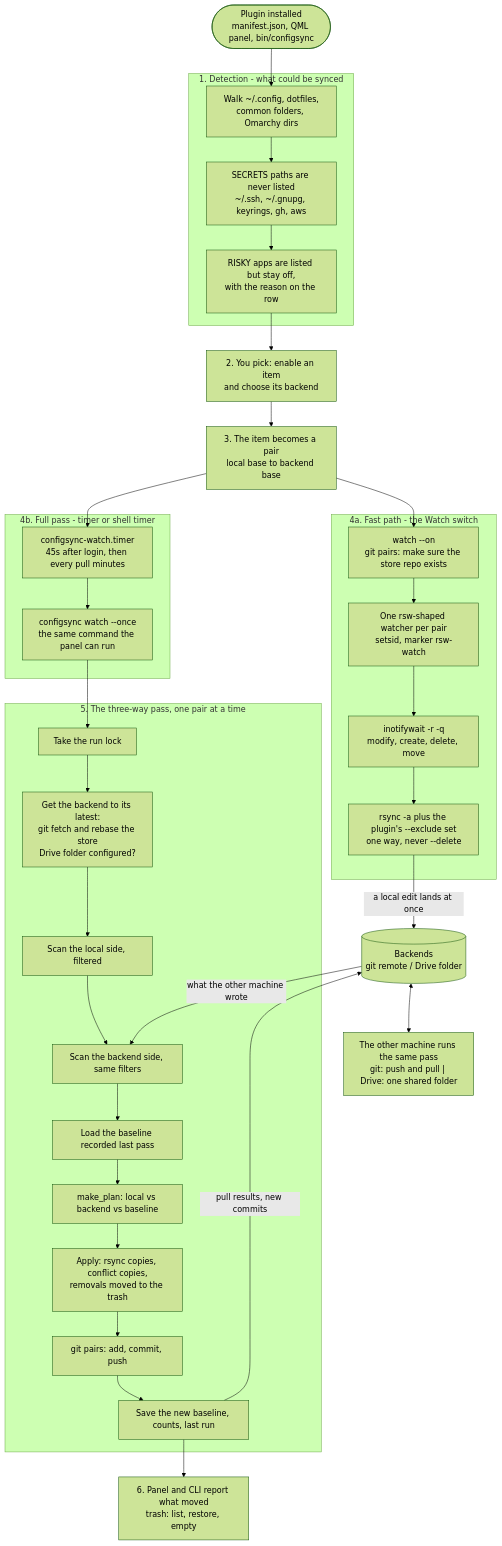
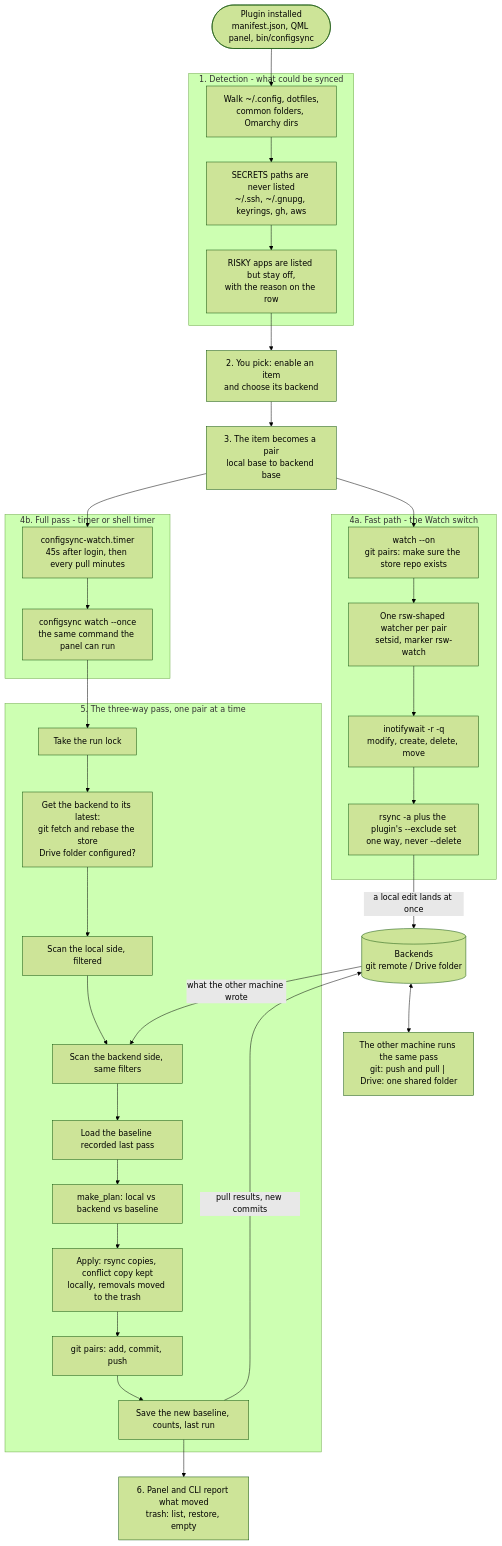
The first of 2 diagrams in docs/PROCEDURE.md (iamkuo/omarchy-configsync-plugin), drawn with Mermaid (forest theme) before and after one commit. The commit also changed other lines of this file and 4 other files, not shown here.

````diff
--- a/docs/PROCEDURE.md
+++ b/docs/PROCEDURE.md
@@ -9,57 +9,57 @@
 ```mermaid
 flowchart TD
   A(["Plugin installed<br/>manifest.json, QML panel, bin/configsync"])
 
   subgraph S1["1. Detection - what could be synced"]
     B["Walk ~/.config, dotfiles,<br/>common folders, Omarchy dirs"]
     C["SECRETS paths are never listed<br/>~/.ssh, ~/.gnupg, keyrings, gh, aws"]
     D["RISKY apps are listed but stay off,<br/>with the reason on the row"]
     B --> C --> D
   end
   A --> B
 
   E["2. You pick: enable an item<br/>and choose its backend"]
   F["3. The item becomes a pair<br/>local base to backend base"]
   D --> E --> F
 
   subgraph S2["4a. Fast path - the Watch switch"]
     G["watch --on<br/>git pairs: make sure the store repo exists"]
     I["One rsw-shaped watcher per pair<br/>setsid, marker rsw-watch"]
     J["inotifywait -r -q<br/>modify, create, delete, move"]
     K["rsync -a plus the plugin's --exclude set<br/>one way, never --delete"]
     G --> I --> J --> K
   end
   F --> G
 
   subgraph S3["4b. Full pass - timer or shell timer"]
     H["configsync-watch.timer<br/>45s after login, then every pull minutes"]
     H2["configsync watch --once<br/>the same command the panel can run"]
     H --> H2
   end
   F --> H
 
   L[("Backends<br/>git remote / Drive folder")]
   K -->|"a local edit lands at once"| L
 
   subgraph S4["5. The three-way pass, one pair at a time"]
     N["Take the run lock"]
     O["Get the backend to its latest:<br/>git fetch and rebase the store<br/>Drive folder configured?"]
     P["Scan the local side, filtered"]
     Q["Scan the backend side, same filters"]
     R["Load the baseline recorded last pass"]
     S["make_plan: local vs backend vs baseline"]
-    T["Apply: rsync copies, conflict copies,<br/>removals moved to the trash"]
+    T["Apply: rsync copies, conflict copy kept<br/>locally, removals moved to the trash"]
     U["git pairs: add, commit, push"]
     V["Save the new baseline, counts, last run"]
     N --> O --> P --> Q --> R --> S --> T --> U --> V
   end
   H2 --> N
   L -->|"what the other machine wrote"| Q
   V -->|"pull results, new commits"| L
 
   M["The other machine runs the same pass<br/>git: push and pull | Drive: one shared folder"]
   L <--> M
 
   W["6. Panel and CLI report what moved<br/>trash: list, restore, empty"]
   V --> W
 ```
````
